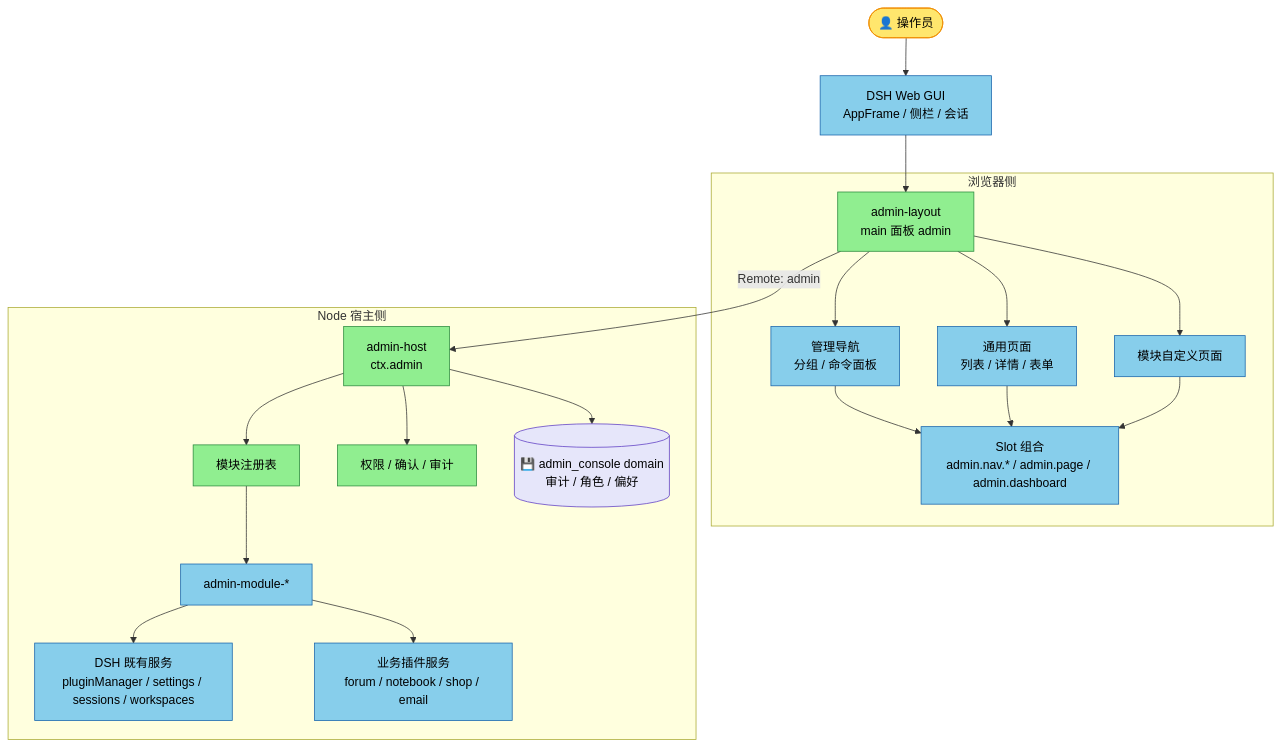
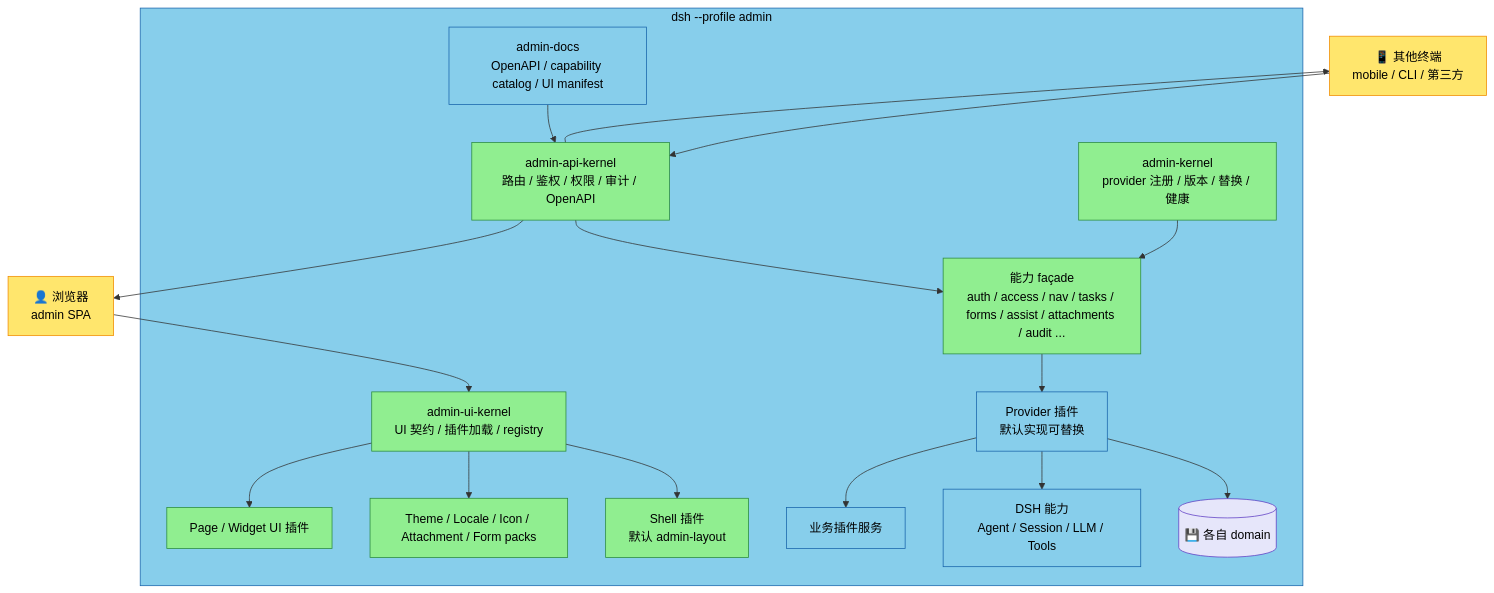
One commit to waixiaowai/veren changed the first of 3 diagrams in docs/admin-system-design.cn.md. Above: the diagram before and after it, drawn with Mermaid. The commit also changed other lines of this file and 21 other files, not shown here.

First line of the commit message:
feat(docs): update DSH Admin Console design documentation and add vitest configurations

````diff
--- a/docs/admin-system-design.cn.md
+++ b/docs/admin-system-design.cn.md
@@ -105,34 +139,31 @@
 ```mermaid
 flowchart TB
-  Operator([👤 操作员]) --> Shell["DSH Web GUI<br/>AppFrame / 侧栏 / 会话"]
-  Shell --> Layout["admin-layout<br/>main 面板 admin"]
+  Browser[👤 浏览器<br/>admin SPA] --> UIKernel["admin-ui-kernel<br/>UI 契约 / 插件加载 / registry"]
+  Terminal[📱 其他终端<br/>mobile / CLI / 第三方] --> APIKernel["admin-api-kernel<br/>路由 / 鉴权 / 权限 / 审计 / OpenAPI"]
 
-  subgraph ClientSide["浏览器侧"]
-    Layout --> Nav["管理导航<br/>分组 / 命令面板"]
-    Layout --> Pages["通用页面<br/>列表 / 详情 / 表单"]
-    Layout --> Custom["模块自定义页面"]
-    Nav --> Slots["Slot 组合<br/>admin.nav.* / admin.page / admin.dashboard"]
-    Pages --> Slots
-    Custom --> Slots
+  subgraph Platform["dsh --profile admin"]
+    UIKernel --> Shell["Shell 插件<br/>默认 admin-layout"]
+    UIKernel --> Packs["Theme / Locale / Icon / Attachment / Form packs"]
+    UIKernel --> UIPlugins["Page / Widget UI 插件"]
+
+    APIKernel --> Facades["能力 façade<br/>auth / access / nav / tasks / forms / assist / attachments / audit ..."]
+    Facades --> Providers["Provider 插件<br/>默认实现可替换"]
+    Providers --> Store[(💾 各自 domain)]
+    Providers --> DSH["DSH 能力<br/>Agent / Session / LLM / Tools"]
+    Providers --> Biz["业务插件服务"]
+    Kernel["admin-kernel<br/>provider 注册 / 版本 / 替换 / 健康"] --> Facades
+    Docs["admin-docs<br/>OpenAPI / capability catalog / UI manifest"] --> APIKernel
   end
 
-  Layout -->|"Remote: admin"| Host["admin-host<br/>ctx.admin"]
-
-  subgraph HostSide["Node 宿主侧"]
-    Host --> Registry["模块注册表"]
-    Host --> Access["权限 / 确认 / 审计"]
-    Host --> AdminStore[(💾 admin_console domain<br/>审计 / 角色 / 偏好)]
-    Registry --> Modules["admin-module-*"]
-    Modules --> Services["DSH 既有服务<br/>pluginManager / settings / sessions / workspaces"]
-    Modules --> Content["业务插件服务<br/>forum / notebook / shop / email"]
-  end
+  APIKernel --> Browser
+  APIKernel --> Terminal
 
   classDef actor fill:#FFE66D,stroke:#F08C00,color:#000
   classDef primary fill:#90EE90,stroke:#2B8A3E,color:#000
   classDef data fill:#E6E6FA,stroke:#5F3DC4,color:#000
   classDef platform fill:#87CEEB,stroke:#1864AB,color:#000
-  class Operator actor
-  class Layout,Host,Registry,Access primary
-  class AdminStore data
-  class Shell,Nav,Pages,Custom,Slots,Modules,Services,Content platform
+  class Browser,Terminal actor
+  class Kernel,Facades,UIKernel,APIKernel,Shell,Packs,UIPlugins primary
+  class Store data
+  class Platform,Providers,DSH,Biz,Docs platform
 ```
````
